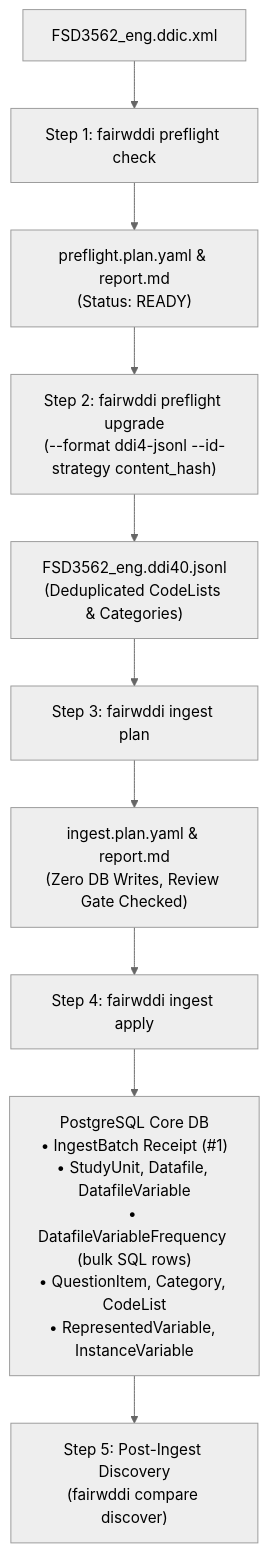
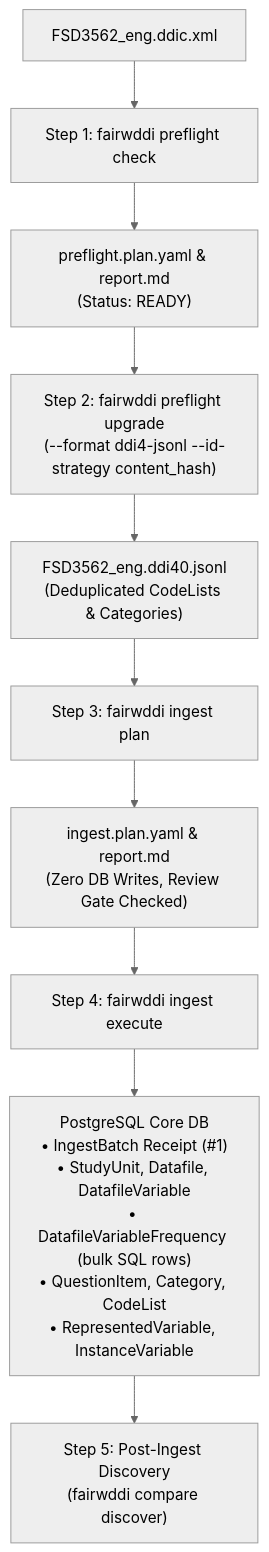
One commit to PlgaH/fairwddi-wp3-3 changed the first of 4 diagrams in deliverables/research/ingestion_workflows.md. Above: the diagram before and after it, drawn with Mermaid (neutral theme). The commit also changed other lines of this file and 7 other files, not shown here.

Commit message:
refactor: rename ingest apply command to execute

````diff
--- a/deliverables/research/ingestion_workflows.md
+++ b/deliverables/research/ingestion_workflows.md
@@ -27,12 +27,12 @@
 ```mermaid
 flowchart TD
     A["FSD3562_eng.ddic.xml"] --> B["Step 1: fairwddi preflight check"]
     B --> C["preflight.plan.yaml & report.md\n(Status: READY)"]
     C --> D["Step 2: fairwddi preflight upgrade\n(--format ddi4-jsonl --id-strategy content_hash)"]
     D --> E["FSD3562_eng.ddi40.jsonl\n(Deduplicated CodeLists & Categories)"]
     E --> F["Step 3: fairwddi ingest plan"]
     F --> G["ingest.plan.yaml & report.md\n(Zero DB Writes, Review Gate Checked)"]
-    G --> H["Step 4: fairwddi ingest apply"]
+    G --> H["Step 4: fairwddi ingest execute"]
     H --> I["PostgreSQL Core DB\n• IngestBatch Receipt (#1)\n• StudyUnit, Datafile, DatafileVariable\n• DatafileVariableFrequency (bulk SQL rows)\n• QuestionItem, Category, CodeList\n• RepresentedVariable, InstanceVariable"]
     I --> J["Step 5: Post-Ingest Discovery\n(fairwddi compare discover)"]
 ```
````
